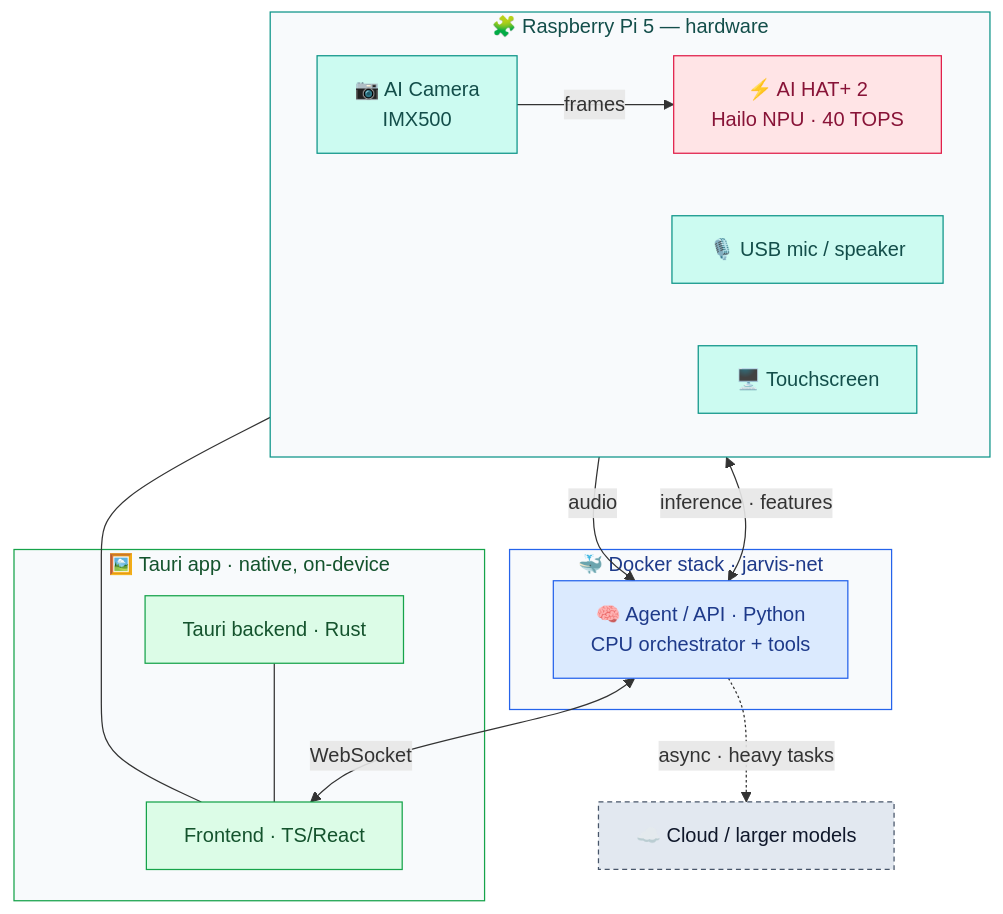
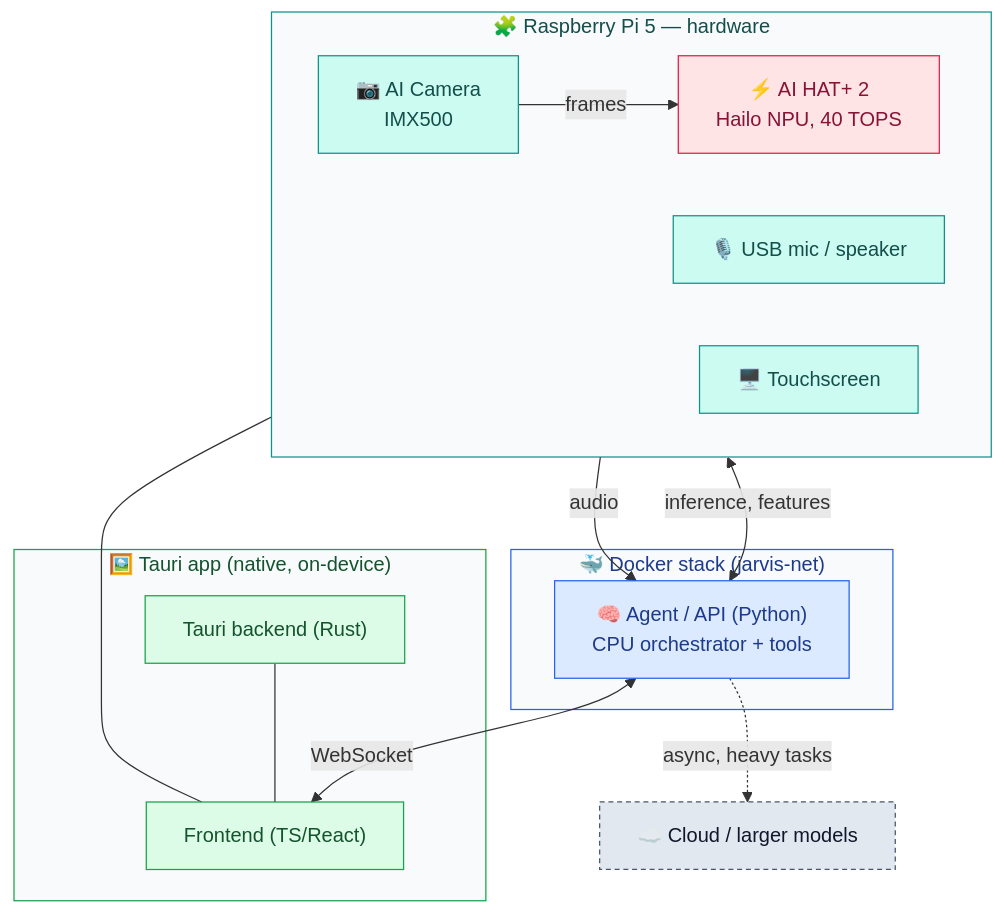
The diagram in docs/architecture.md (faering/jarvis), drawn with Mermaid before and after one commit. The commit also changed 18 other files, not shown here.

````diff
--- a/docs/architecture.md
+++ b/docs/architecture.md
@@ -6,39 +6,39 @@
 ```mermaid
 flowchart TB
   subgraph HW["🧩 Raspberry Pi 5 — hardware"]
     direction LR
     CAM["📷 AI Camera<br/>IMX500"]
-    HAT["⚡ AI HAT+ 2<br/>Hailo NPU · 40 TOPS"]
+    HAT["⚡ AI HAT+ 2<br/>Hailo NPU, 40 TOPS"]
     MIC["🎙️ USB mic / speaker"]
     SCR["🖥️ Touchscreen"]
   end
-  subgraph DOCKER["🐳 Docker stack · jarvis-net"]
-    AGENT["🧠 Agent / API · Python<br/>CPU orchestrator + tools"]
+  subgraph DOCKER["🐳 Docker stack (jarvis-net)"]
+    AGENT["🧠 Agent / API (Python)<br/>CPU orchestrator + tools"]
   end
-  subgraph APP["🖼️ Tauri app · native, on-device"]
-    UI["Frontend · TS/React"]
-    RUST["Tauri backend · Rust"]
+  subgraph APP["🖼️ Tauri app (native, on-device)"]
+    UI["Frontend (TS/React)"]
+    RUST["Tauri backend (Rust)"]
   end
   CLOUD["☁️ Cloud / larger models"]
 
   CAM -->|frames| HAT
-  HAT <-->|inference · features| AGENT
+  HAT <-->|inference, features| AGENT
   MIC -->|audio| AGENT
   AGENT <-->|WebSocket| UI
   RUST --- UI --- SCR
-  AGENT -.->|async · heavy tasks| CLOUD
+  AGENT -.->|async, heavy tasks| CLOUD
 
   classDef hw fill:#CCFBF1,stroke:#0D9488,color:#134E4A;
   classDef acc fill:#FFE4E6,stroke:#E11D48,color:#881337;
   classDef agent fill:#DBEAFE,stroke:#2563EB,color:#1E3A8A;
   classDef app fill:#DCFCE7,stroke:#16A34A,color:#14532D;
   classDef cloud fill:#E2E8F0,stroke:#475569,color:#0F172A,stroke-dasharray:4 3;
   class CAM,MIC,SCR hw
   class HAT acc
   class AGENT agent
   class UI,RUST app
   class CLOUD cloud
   style HW fill:#F8FAFC,stroke:#0D9488,color:#134E4A
   style DOCKER fill:#F8FAFC,stroke:#2563EB,color:#1E3A8A
   style APP fill:#F8FAFC,stroke:#16A34A,color:#14532D
 ```
````
